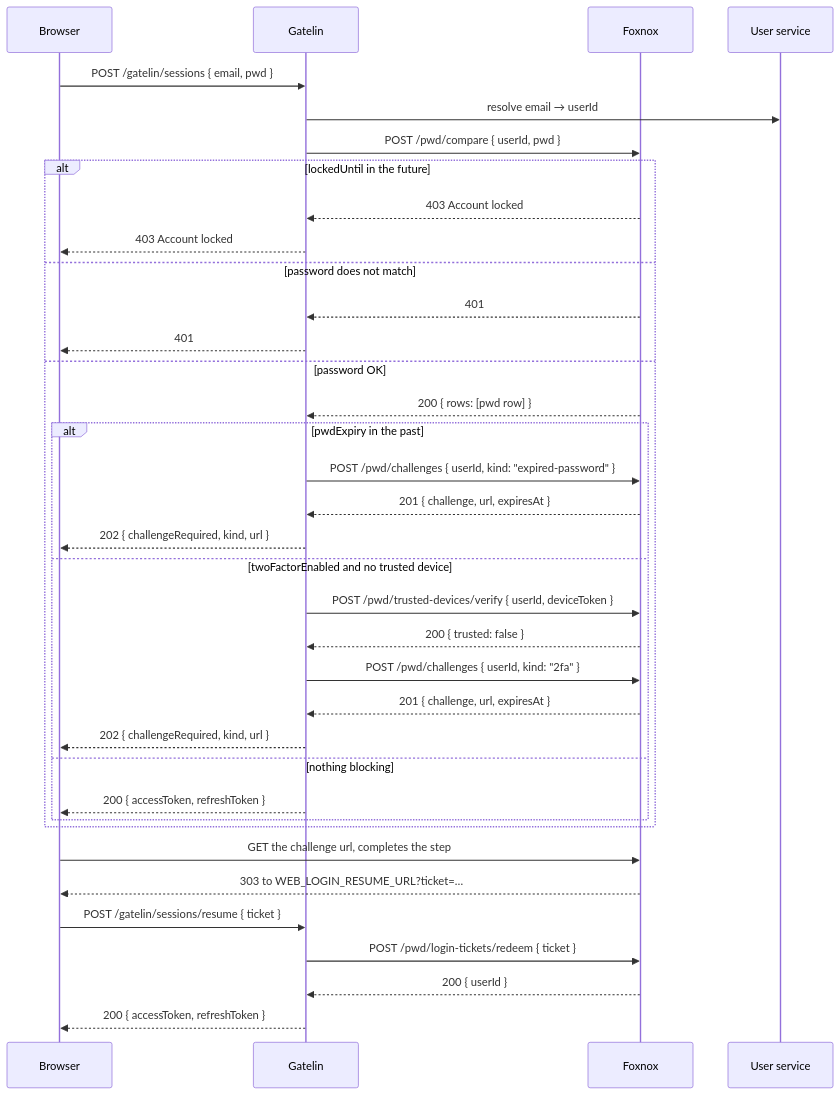
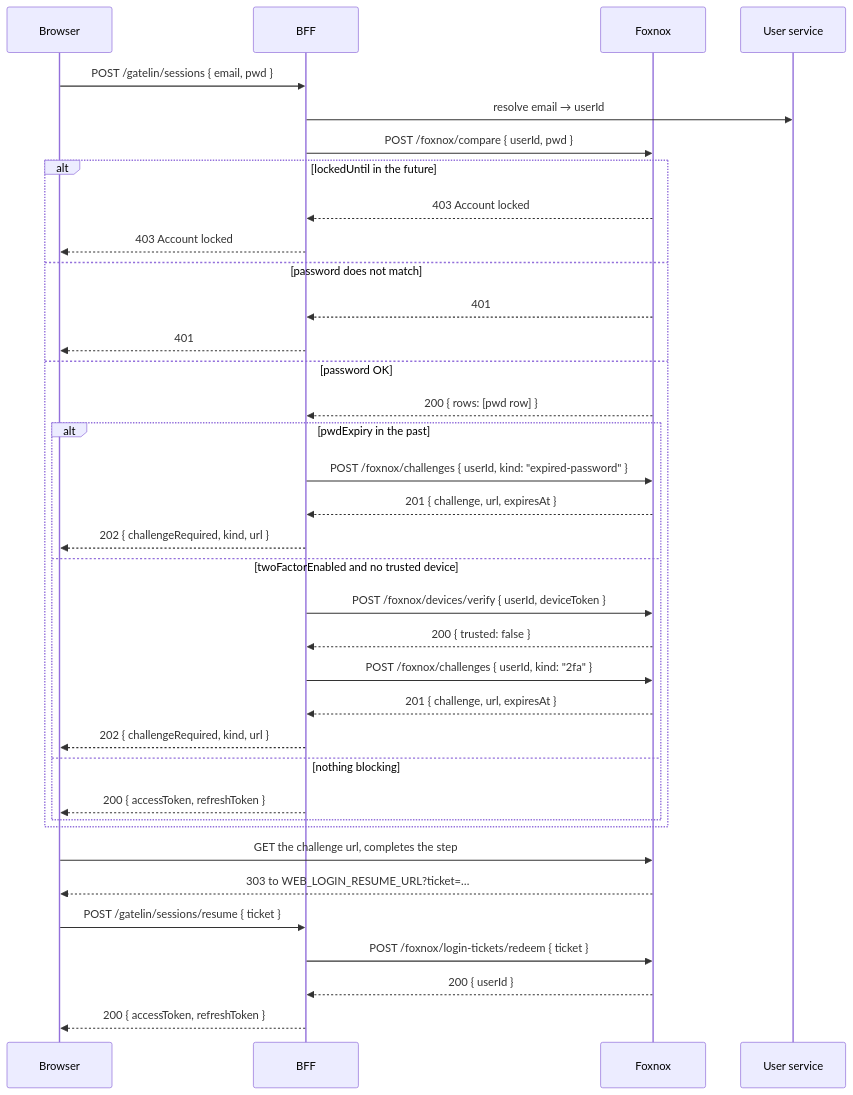
The diagram in website/docs/guide/api-challenges.md (ALTEN-group/Foxnox), drawn with Mermaid before and after one commit. The commit also changed other lines of this file and 161 other files, not shown here.

````diff
--- a/website/docs/guide/api-challenges.md
+++ b/website/docs/guide/api-challenges.md
@@ -23,40 +27,40 @@
 ```mermaid
 sequenceDiagram
     participant B as Browser
-    participant G as Gatelin
+    participant G as BFF
     participant F as Foxnox
     participant U as User service
 
     B->>G: POST /gatelin/sessions { email, pwd }
     G->>U: resolve email → userId
-    G->>F: POST /pwd/compare { userId, pwd }
+    G->>F: POST /foxnox/compare { userId, pwd }
     alt lockedUntil in the future
         F-->>G: 403 Account locked
         G-->>B: 403 Account locked
     else password does not match
         F-->>G: 401
         G-->>B: 401
     else password OK
         F-->>G: 200 { rows: [pwd row] }
         alt pwdExpiry in the past
-            G->>F: POST /pwd/challenges { userId, kind: "expired-password" }
+            G->>F: POST /foxnox/challenges { userId, kind: "expired-password" }
             F-->>G: 201 { challenge, url, expiresAt }
             G-->>B: 202 { challengeRequired, kind, url }
         else twoFactorEnabled and no trusted device
-            G->>F: POST /pwd/trusted-devices/verify { userId, deviceToken }
+            G->>F: POST /foxnox/devices/verify { userId, deviceToken }
             F-->>G: 200 { trusted: false }
-            G->>F: POST /pwd/challenges { userId, kind: "2fa" }
+            G->>F: POST /foxnox/challenges { userId, kind: "2fa" }
             F-->>G: 201 { challenge, url, expiresAt }
             G-->>B: 202 { challengeRequired, kind, url }
         else nothing blocking
             G-->>B: 200 { accessToken, refreshToken }
         end
     end
 
     B->>F: GET the challenge url, completes the step
     F-->>B: 303 to WEB_LOGIN_RESUME_URL?ticket=…
     B->>G: POST /gatelin/sessions/resume { ticket }
-    G->>F: POST /pwd/login-tickets/redeem { ticket }
+    G->>F: POST /foxnox/login-tickets/redeem { ticket }
     F-->>G: 200 { userId }
     G-->>B: 200 { accessToken, refreshToken }
 ```
````
